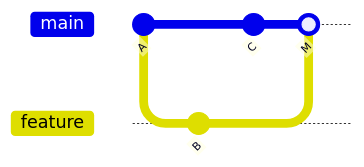
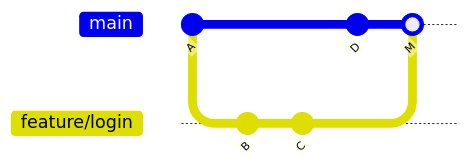
Before and after one commit to ykgw-daiki-nakamura/nakamura-git-tutorial: the fourth of 4 diagrams in docs/guide/branching.md, drawn with Mermaid. The commit also changed other lines of this file and 2 other files, not shown here.

First line of the commit message:
docs(guide): マージ概念の gitGraph 図解を強化（FF/3-way・マージ方式・rebase 整合） (#199)

````diff
--- a/docs/guide/branching.md
+++ b/docs/guide/branching.md
@@ -66,10 +75,11 @@
 ```mermaid
 gitGraph
     commit id: "A"
-    branch feature
-    checkout feature
+    branch feature/login
+    checkout feature/login
     commit id: "B"
+    commit id: "C"
     checkout main
-    commit id: "C"
-    merge feature id: "M"
+    commit id: "D"
+    merge feature/login id: "M"
 ```
````
